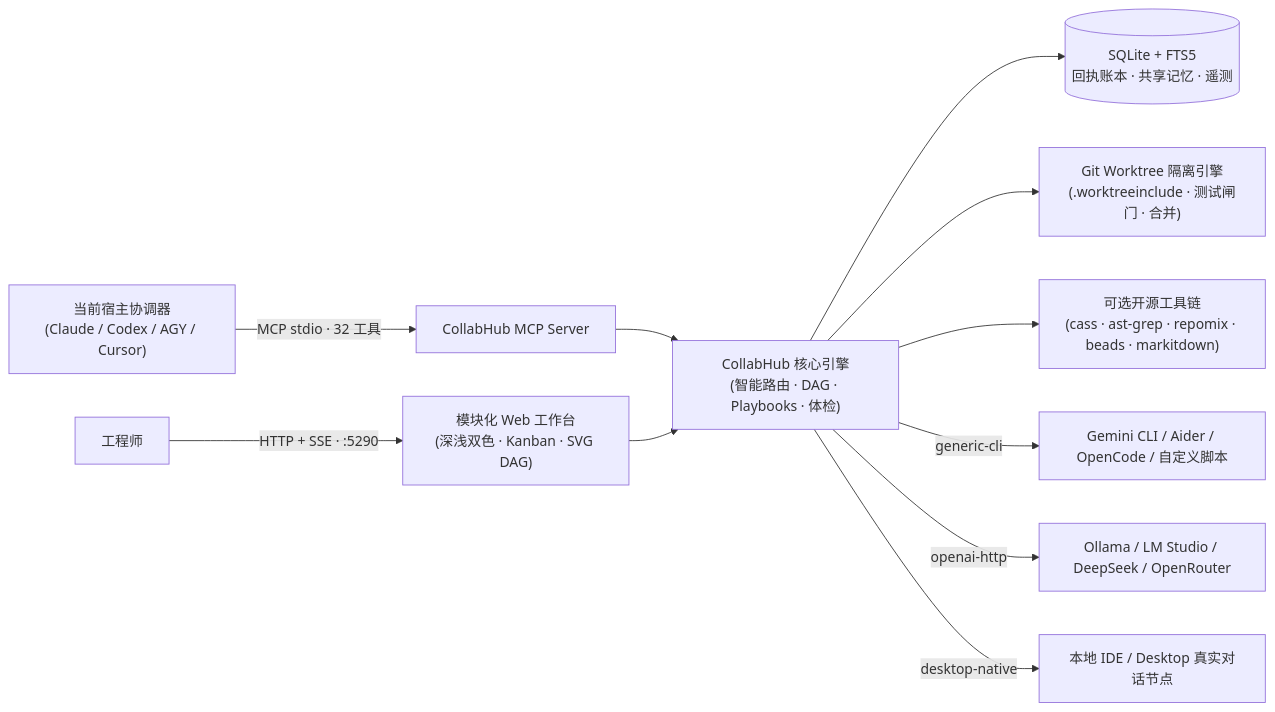
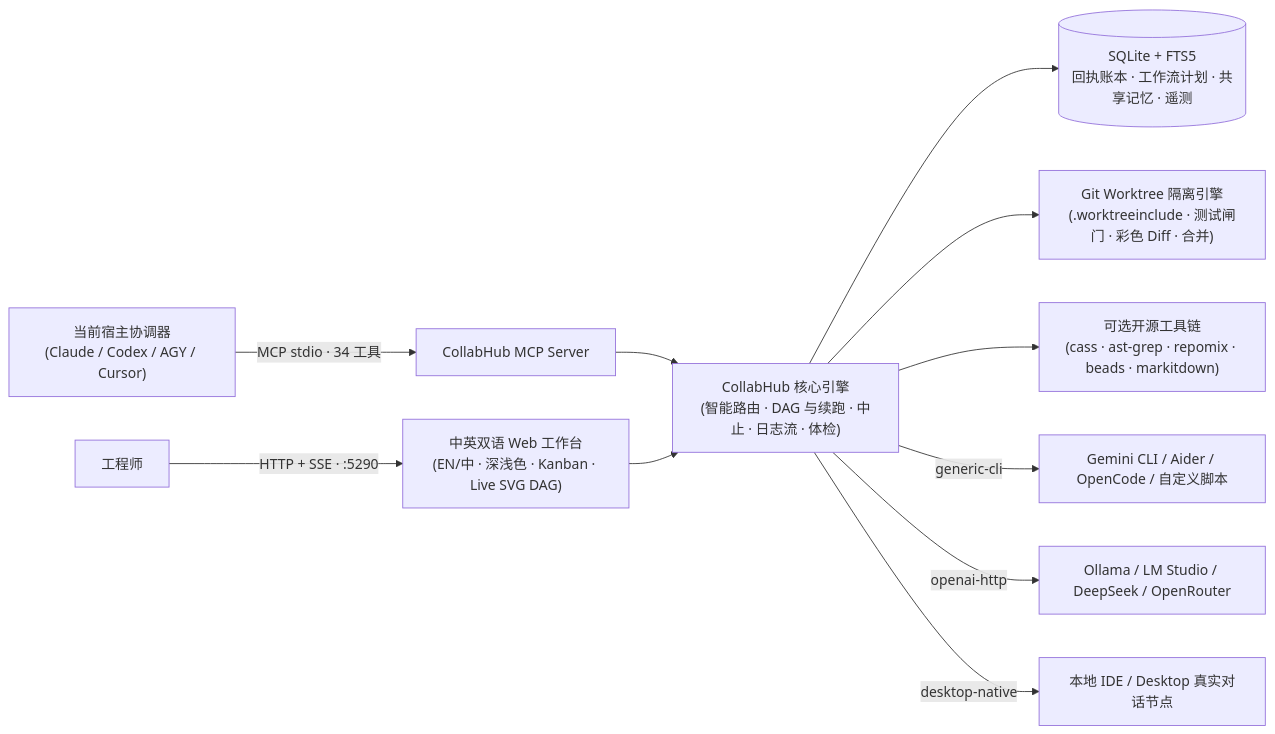
Before and after one commit to mortal7520/collab-hub: the diagram in README.zh-CN.md, drawn with Mermaid. The commit also changed other lines of this file and 15 other files, not shown here.

Commit message:
feat(v1.2.0): fix Codex P1 audit findings, polish bilingual topbar, add EN/Live screenshots & docs

````diff
--- a/README.zh-CN.md
+++ b/README.zh-CN.md
@@ -98,16 +114,16 @@
 ```mermaid
 flowchart LR
-  Host["当前宿主协调器\n(Claude / Codex / AGY / Cursor)"] -->|MCP stdio · 32 工具| MCP["CollabHub MCP Server"]
-  User["工程师"] -->|HTTP + SSE · :5290| UI["模块化 Web 工作台\n(深浅双色 · Kanban · SVG DAG)"]
+  Host["当前宿主协调器\n(Claude / Codex / AGY / Cursor)"] -->|MCP stdio · 34 工具| MCP["CollabHub MCP Server"]
+  User["工程师"] -->|HTTP + SSE · :5290| UI["中英双语 Web 工作台\n(EN/中 · 深浅色 · Kanban · Live SVG DAG)"]
 
-  MCP --> Core["CollabHub 核心引擎\n(智能路由 · DAG · Playbooks · 体检)"]
+  MCP --> Core["CollabHub 核心引擎\n(智能路由 · DAG 与续跑 · 中止 · 日志流 · 体检)"]
   UI --> Core
 
-  Core --> DB[("SQLite + FTS5\n回执账本 · 共享记忆 · 遥测")]
-  Core --> WT["Git Worktree 隔离引擎\n(.worktreeinclude · 测试闸门 · 合并)"]
+  Core --> DB[("SQLite + FTS5\n回执账本 · 工作流计划 · 共享记忆 · 遥测")]
+  Core --> WT["Git Worktree 隔离引擎\n(.worktreeinclude · 测试闸门 · 彩色 Diff · 合并)"]
   Core --> TK["可选开源工具链\n(cass · ast-grep · repomix · beads · markitdown)"]
 
   Core -->|generic-cli| CLI["Gemini CLI / Aider / OpenCode / 自定义脚本"]
   Core -->|openai-http| HTTP["Ollama / LM Studio / DeepSeek / OpenRouter"]
   Core -->|desktop-native| Native["本地 IDE / Desktop 真实对话节点"]
 ```
````
